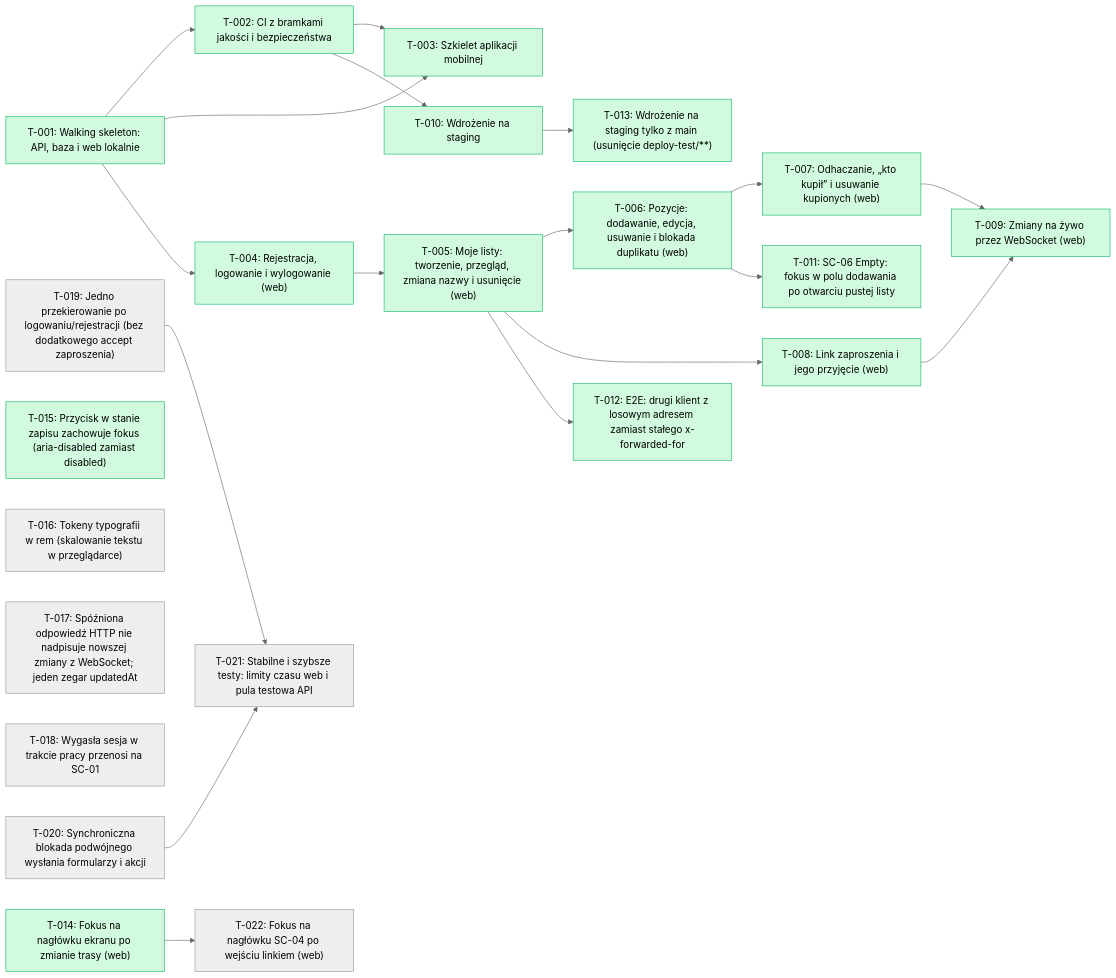
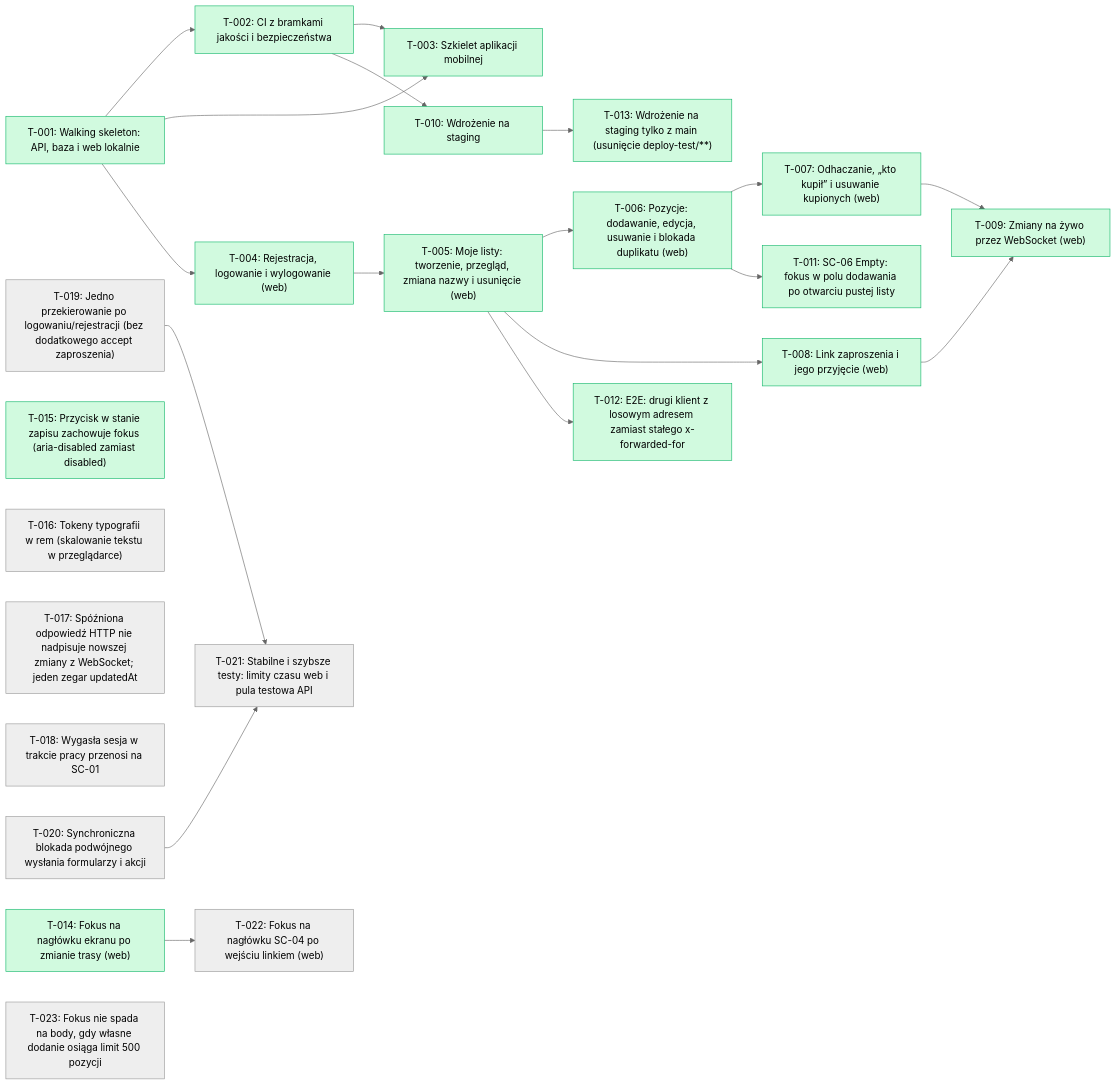
One commit to tombraz/lista-zakupow changed the diagram in docs/backlog/index.md. Above: the diagram before and after it, drawn with Mermaid (neutral theme). The commit also changed other lines of this file and 3 other files, not shown here.

````diff
--- a/docs/backlog/index.md
+++ b/docs/backlog/index.md
@@ -22,46 +23,47 @@
 ```mermaid
 flowchart LR
   T_001["T-001: Walking skeleton: API, baza i web lokalnie"]:::done
   T_002["T-002: CI z bramkami jakości i bezpieczeństwa"]:::done
   T_003["T-003: Szkielet aplikacji mobilnej"]:::done
   T_004["T-004: Rejestracja, logowanie i wylogowanie (web)"]:::done
   T_005["T-005: Moje listy: tworzenie, przegląd, zmiana nazwy i usunięcie (web)"]:::done
   T_006["T-006: Pozycje: dodawanie, edycja, usuwanie i blokada duplikatu (web)"]:::done
   T_007["T-007: Odhaczanie, „kto kupił” i usuwanie kupionych (web)"]:::done
   T_008["T-008: Link zaproszenia i jego przyjęcie (web)"]:::done
   T_009["T-009: Zmiany na żywo przez WebSocket (web)"]:::done
   T_010["T-010: Wdrożenie na staging"]:::done
   T_011["T-011: SC-06 Empty: fokus w polu dodawania po otwarciu pustej listy"]:::done
   T_012["T-012: E2E: drugi klient z losowym adresem zamiast stałego x-forwarded-for"]:::done
   T_013["T-013: Wdrożenie na staging tylko z main (usunięcie deploy-test/**)"]:::done
   T_014["T-014: Fokus na nagłówku ekranu po zmianie trasy (web)"]:::done
   T_015["T-015: Przycisk w stanie zapisu zachowuje fokus (aria-disabled zamiast disabled)"]:::done
   T_016["T-016: Tokeny typografii w rem (skalowanie tekstu w przeglądarce)"]
   T_017["T-017: Spóźniona odpowiedź HTTP nie nadpisuje nowszej zmiany z WebSocket; jeden zegar updatedAt"]
   T_018["T-018: Wygasła sesja w trakcie pracy przenosi na SC-01"]
   T_019["T-019: Jedno przekierowanie po logowaniu/rejestracji (bez dodatkowego accept zaproszenia)"]
   T_020["T-020: Synchroniczna blokada podwójnego wysłania formularzy i akcji"]
   T_021["T-021: Stabilne i szybsze testy: limity czasu web i pula testowa API"]
   T_022["T-022: Fokus na nagłówku SC-04 po wejściu linkiem (web)"]
+  T_023["T-023: Fokus nie spada na body, gdy własne dodanie osiąga limit 500 pozycji"]
   T_001 --> T_002
   T_001 --> T_003
   T_002 --> T_003
   T_001 --> T_004
   T_004 --> T_005
   T_005 --> T_006
   T_006 --> T_007
   T_005 --> T_008
   T_007 --> T_009
   T_008 --> T_009
   T_002 --> T_010
   T_006 --> T_011
   T_005 --> T_012
   T_010 --> T_013
   T_019 --> T_021
   T_020 --> T_021
   T_014 --> T_022
   classDef done fill:#d1fadf,stroke:#12b76a
   classDef wip fill:#fef0c7,stroke:#f79009
   classDef qa fill:#e0eaff,stroke:#2970ff
   classDef blocked fill:#fee4e2,stroke:#f04438
 ```
````
